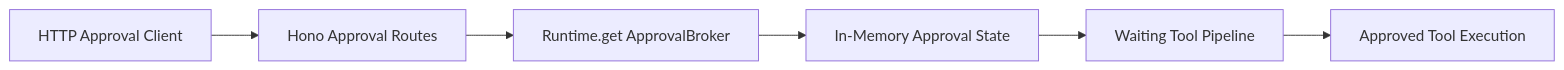
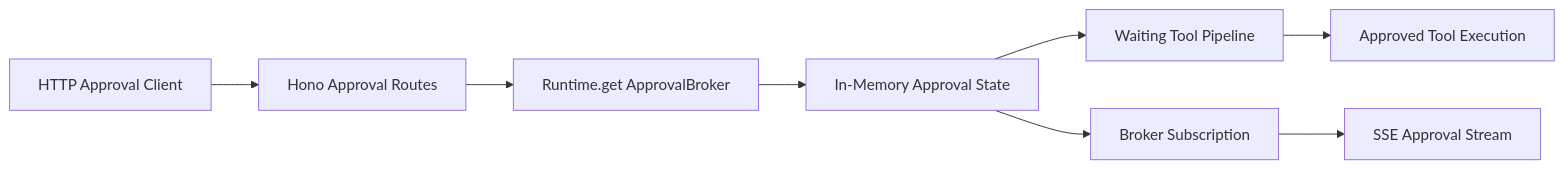
One commit to GitHubxxx17/Weave changed the second of 2 diagrams in docs/architecture/foundation.md. Above: the diagram before and after it, drawn with Mermaid. The commit also changed other lines of this file and 1 other file, not shown here.

Commit message:
docs: 补充审批 SSE 架构说明

````diff
--- a/docs/architecture/foundation.md
+++ b/docs/architecture/foundation.md
@@ -28,8 +29,10 @@
 ```mermaid
 flowchart LR
     A[HTTP Approval Client] --> B[Hono Approval Routes]
     B --> C[Runtime.get ApprovalBroker]
     C --> D[In-Memory Approval State]
     D --> E[Waiting Tool Pipeline]
     E --> F[Approved Tool Execution]
+    D --> G[Broker Subscription]
+    G --> H[SSE Approval Stream]
 ```
````
